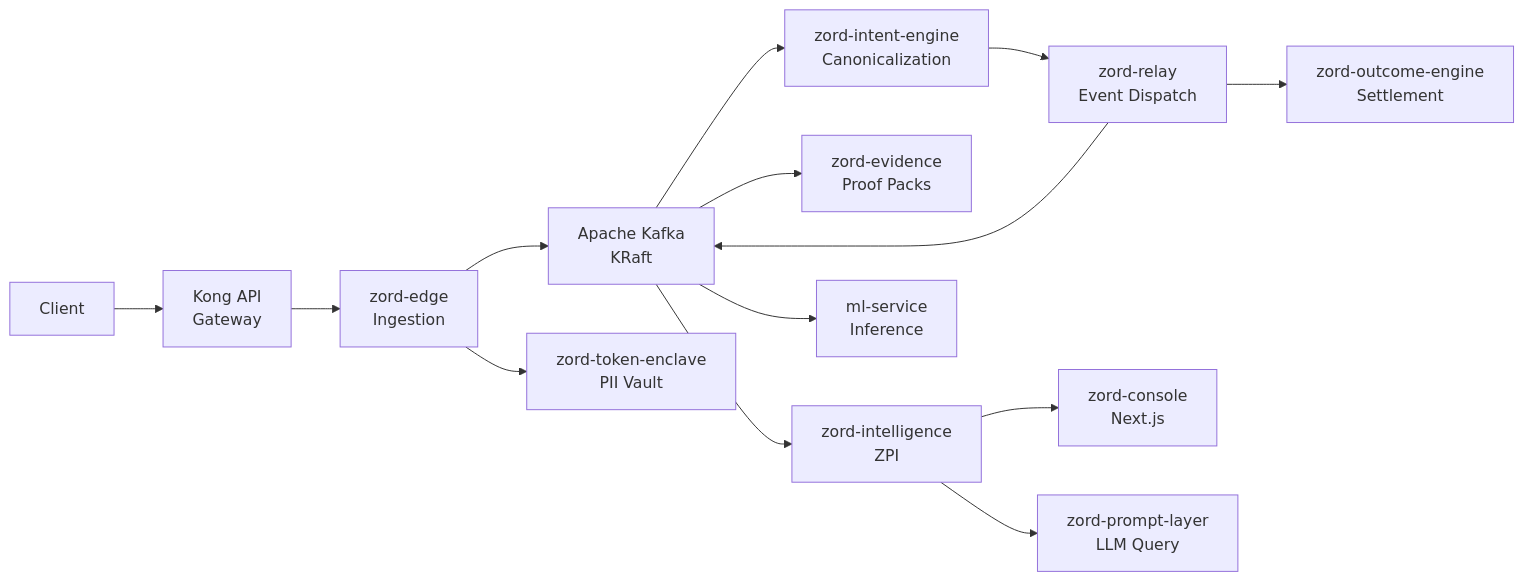
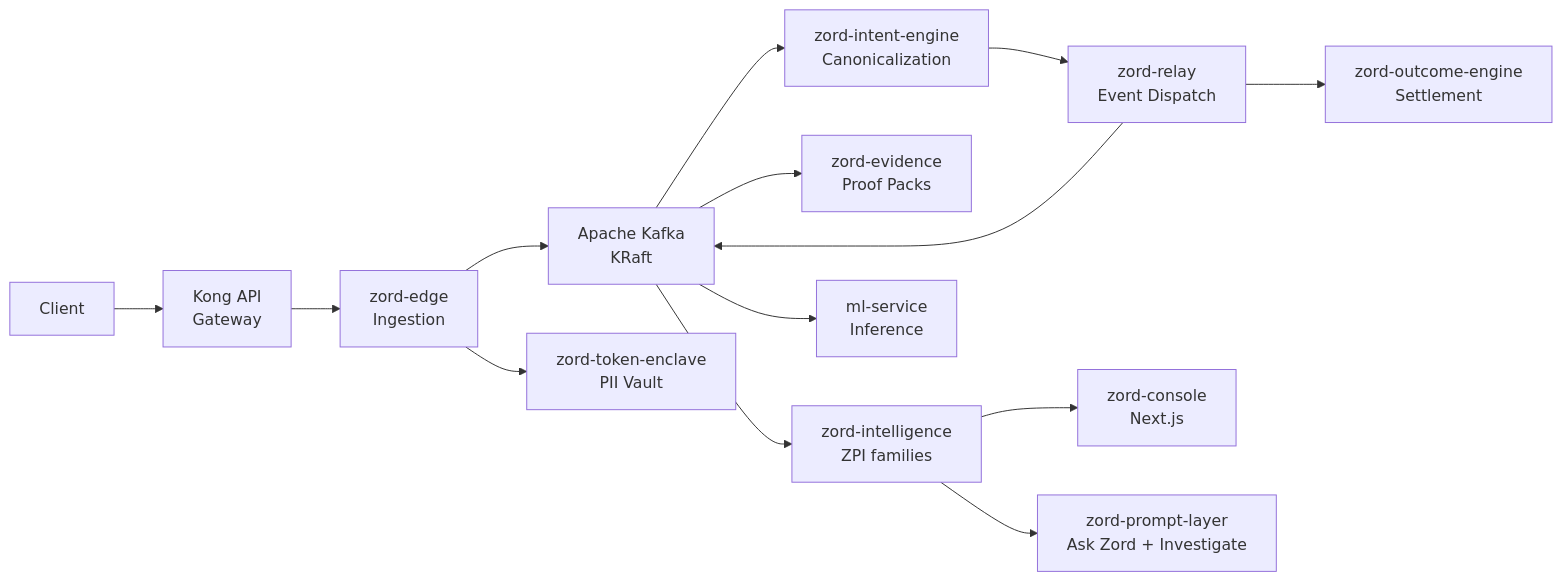
Before and after one commit to swaroopt14/razorpay-reconciliation: the first of 2 diagrams in README.md, drawn with Mermaid. The commit also changed other lines of this file and 185 other files, not shown here.

````diff
--- a/README.md
+++ b/README.md
@@ -108,30 +160,30 @@
 ```mermaid
 flowchart LR
     Client["Client"]
     Kong["Kong API<br/>Gateway"]
     Edge["zord-edge<br/>Ingestion"]
     Intent["zord-intent-engine<br/>Canonicalization"]
     Relay["zord-relay<br/>Event Dispatch"]
     Kafka["Apache Kafka<br/>KRaft"]
     Outcome["zord-outcome-engine<br/>Settlement"]
     Evidence["zord-evidence<br/>Proof Packs"]
-    Intel["zord-intelligence<br/>ZPI"]
+    Intel["zord-intelligence<br/>ZPI families"]
     ML["ml-service<br/>Inference"]
     Console["zord-console<br/>Next.js"]
-    Prompt["zord-prompt-layer<br/>LLM Query"]
+    Prompt["zord-prompt-layer<br/>Ask Zord + Investigate"]
     Token["zord-token-enclave<br/>PII Vault"]
 
     Client --> Kong
     Kong --> Edge
     Edge --> Kafka
     Kafka --> Intent
     Intent --> Relay
     Relay --> Outcome
     Relay --> Kafka
     Kafka --> Evidence
     Kafka --> Intel
     Kafka --> ML
     Intel --> Console
     Intel --> Prompt
     Edge --> Token
 ```
````
